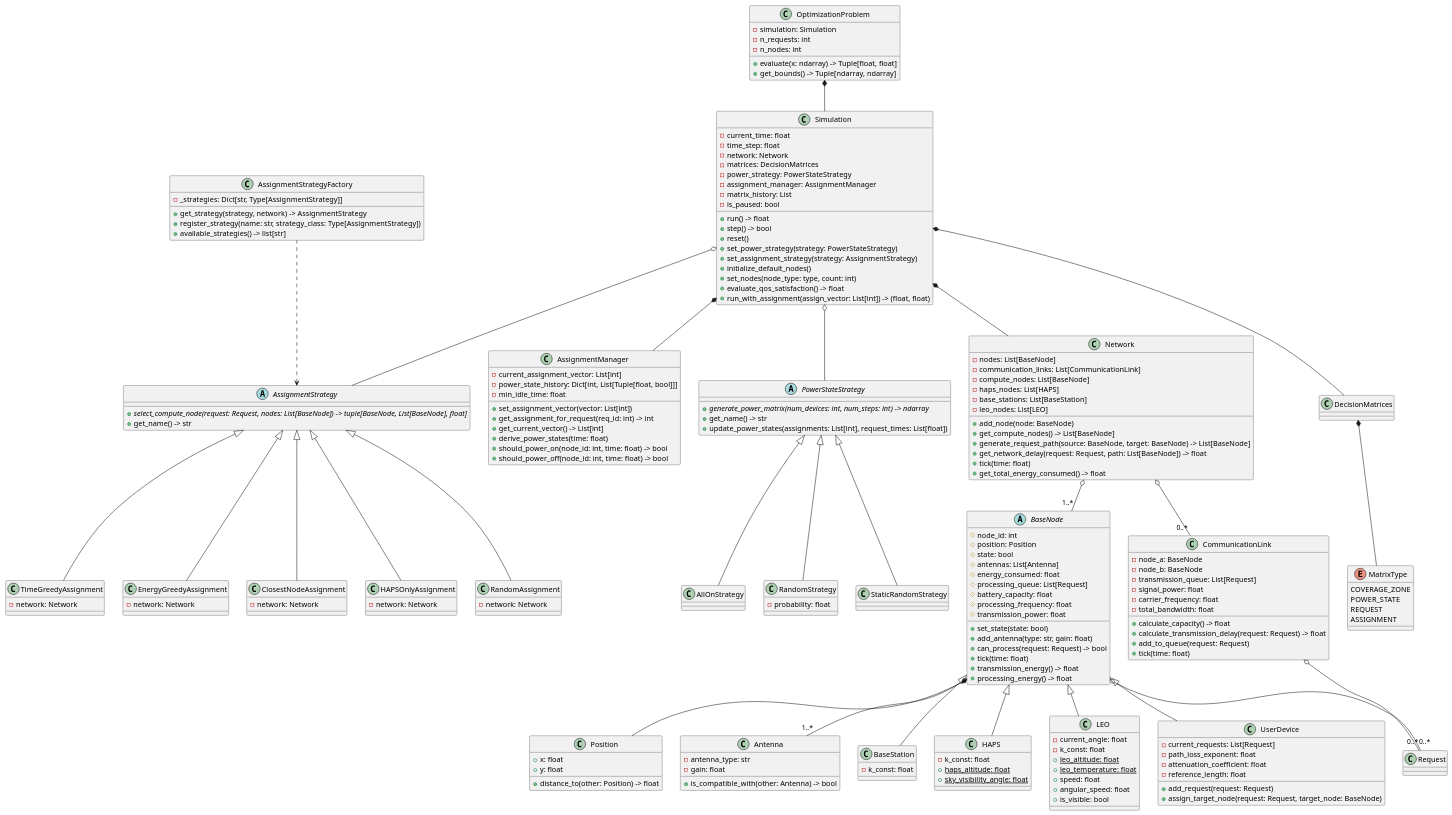
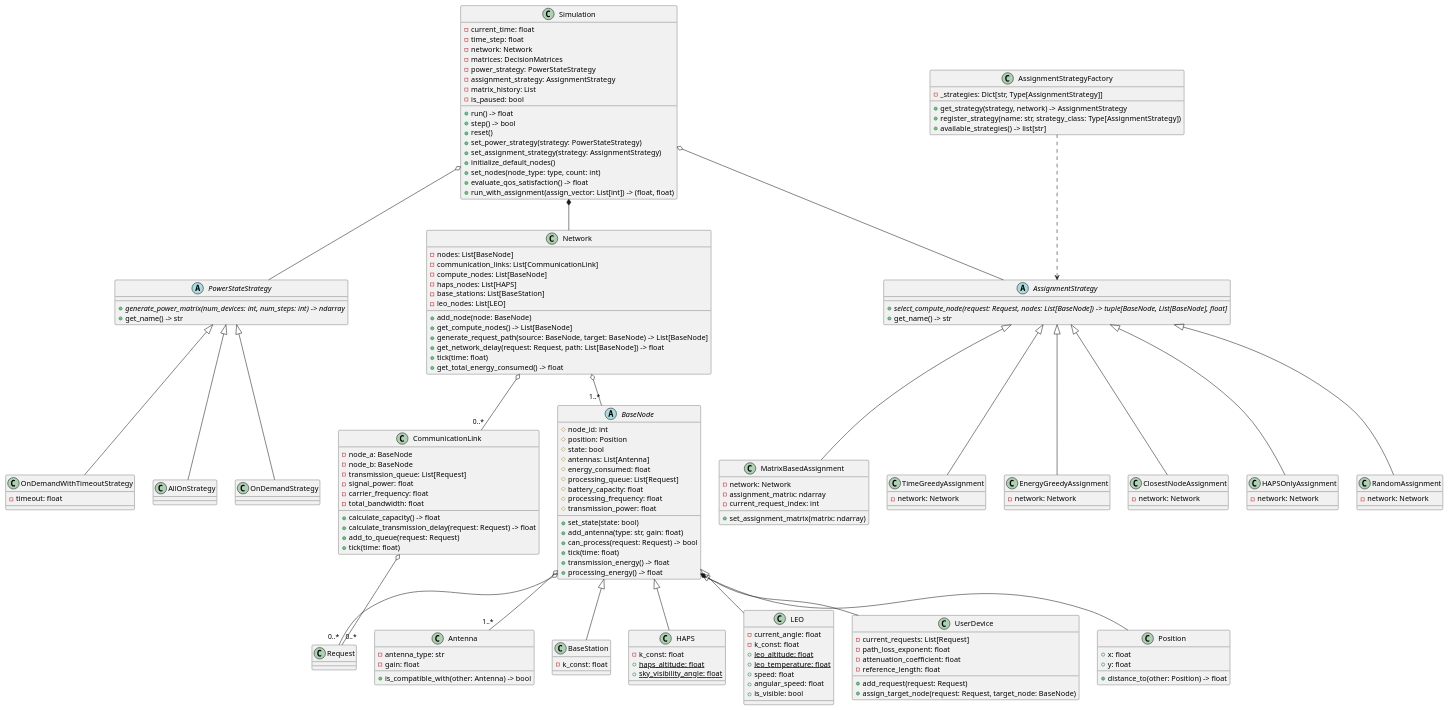
One commit to SimonR99/OptimisationNTN changed the diagram in doc/class_diagram.puml. Above: the diagram before and after it, drawn with PlantUML. The commit also changed 1 other file, not shown here.

Commit message:
update uml

```diff
--- a/doc/class_diagram.puml
+++ b/doc/class_diagram.puml
@@ -1,198 +1,176 @@
 @startuml
 
 ' Core Components
 class Simulation {
   - current_time: float
   - time_step: float
   - network: Network
   - matrices: DecisionMatrices
   - power_strategy: PowerStateStrategy
-  - assignment_manager: AssignmentManager
+  - assignment_strategy: AssignmentStrategy
   - matrix_history: List
   - is_paused: bool
   + run() -> float
   + step() -> bool
   + reset()
   + set_power_strategy(strategy: PowerStateStrategy)
   + set_assignment_strategy(strategy: AssignmentStrategy)
   + initialize_default_nodes()
   + set_nodes(node_type: type, count: int)
   + evaluate_qos_satisfaction() -> float
   + run_with_assignment(assign_vector: List[int]) -> (float, float)
 }
 
-class AssignmentManager {
-  - current_assignment_vector: List[int]
-  - power_state_history: Dict[int, List[Tuple[float, bool]]]
-  - min_idle_time: float
-  + set_assignment_vector(vector: List[int])
-  + get_assignment_for_request(req_id: int) -> int
-  + get_current_vector() -> List[int]
-  + derive_power_states(time: float)
-  + should_power_on(node_id: int, time: float) -> bool
-  + should_power_off(node_id: int, time: float) -> bool
-}
-
-class OptimizationProblem {
-  - simulation: Simulation
-  - n_requests: int
-  - n_nodes: int
-  + evaluate(x: ndarray) -> Tuple[float, float]
-  + get_bounds() -> Tuple[ndarray, ndarray]
-}
-
-' Strategy Hierarchy
+' Power Strategy Hierarchy
 abstract class PowerStateStrategy {
   + {abstract} generate_power_matrix(num_devices: int, num_steps: int) -> ndarray
   + get_name() -> str
-  + update_power_states(assignments: List[int], request_times: List[float])
 }
 
+class AllOnStrategy extends PowerStateStrategy
+class OnDemandStrategy extends PowerStateStrategy
+class OnDemandWithTimeoutStrategy extends PowerStateStrategy {
+  - timeout: float
+}
+
+' Assignment Strategy Hierarchy
 abstract class AssignmentStrategy {
   + {abstract} select_compute_node(request: Request, nodes: List[BaseNode]) -> tuple[BaseNode, List[BaseNode], float]
   + get_name() -> str
 }
 
-' Power State Implementations
-class AllOnStrategy extends PowerStateStrategy
-class RandomStrategy extends PowerStateStrategy {
-  - probability: float
-}
-class StaticRandomStrategy extends PowerStateStrategy
-
-' Assignment Implementations
 class TimeGreedyAssignment extends AssignmentStrategy {
   - network: Network
 }
+
 class EnergyGreedyAssignment extends AssignmentStrategy {
   - network: Network
 }
+
 class ClosestNodeAssignment extends AssignmentStrategy {
   - network: Network
 }
+
 class HAPSOnlyAssignment extends AssignmentStrategy {
   - network: Network
 }
+
 class RandomAssignment extends AssignmentStrategy {
   - network: Network
+}
+
+class MatrixBasedAssignment extends AssignmentStrategy {
+  - network: Network
+  - assignment_matrix: ndarray
+  - current_request_index: int
+  + set_assignment_matrix(matrix: ndarray)
 }
 
 class AssignmentStrategyFactory {
   - _strategies: Dict[str, Type[AssignmentStrategy]]
   + get_strategy(strategy, network) -> AssignmentStrategy
   + register_strategy(name: str, strategy_class: Type[AssignmentStrategy])
   + available_strategies() -> list[str]
 }
 
 ' Network Components
 class Network {
   - nodes: List[BaseNode]
   - communication_links: List[CommunicationLink]
   - compute_nodes: List[BaseNode]
   - haps_nodes: List[HAPS]
   - base_stations: List[BaseStation]
   - leo_nodes: List[LEO]
   + add_node(node: BaseNode)
   + get_compute_nodes() -> List[BaseNode]
   + generate_request_path(source: BaseNode, target: BaseNode) -> List[BaseNode]
   + get_network_delay(request: Request, path: List[BaseNode]) -> float
   + tick(time: float)
   + get_total_energy_consumed() -> float
 }
 
 abstract class BaseNode {
   # node_id: int
   # position: Position
   # state: bool
   # antennas: List[Antenna]
   # energy_consumed: float
   # processing_queue: List[Request]
   # battery_capacity: float
   # processing_frequency: float
   # transmission_power: float
   + set_state(state: bool)
   + add_antenna(type: str, gain: float)
   + can_process(request: Request) -> bool
   + tick(time: float)
   + transmission_energy() -> float
   + processing_energy() -> float
 }
 
 class Position {
   + x: float
   + y: float
   + distance_to(other: Position) -> float
 }
 
 class Antenna {
   - antenna_type: str
   - gain: float
   + is_compatible_with(other: Antenna) -> bool
 }
 
 class BaseStation extends BaseNode {
   - k_const: float
 }
 
 class HAPS extends BaseNode {
   - k_const: float
   {static} + haps_altitude: float
   {static} + sky_visibility_angle: float
 }
 
 class LEO extends BaseNode {
   - current_angle: float
   - k_const: float
   {static} + leo_altitude: float
   {static} + leo_temperature: float
   + speed: float
   + angular_speed: float
   + is_visible: bool
 }
 
 class UserDevice extends BaseNode {
   - current_requests: List[Request]
   - path_loss_exponent: float
   - attenuation_coefficient: float
   - reference_length: float
   + add_request(request: Request)
   + assign_target_node(request: Request, target_node: BaseNode)
 }
 
 class CommunicationLink {
   - node_a: BaseNode
   - node_b: BaseNode
   - transmission_queue: List[Request]
   - signal_power: float
   - carrier_frequency: float
   - total_bandwidth: float
   + calculate_capacity() -> float
   + calculate_transmission_delay(request: Request) -> float
   + add_to_queue(request: Request)
   + tick(time: float)
 }
 
-enum MatrixType {
-  COVERAGE_ZONE
-  POWER_STATE
-  REQUEST
-  ASSIGNMENT
-}
-
 ' Relationships
 Simulation *-- Network
-Simulation *-- DecisionMatrices
-Simulation *-- AssignmentManager
+Simulation o-- AssignmentStrategy
 Simulation o-- PowerStateStrategy
-Simulation o-- AssignmentStrategy
-DecisionMatrices *-- MatrixType
 Network o-- "1..*" BaseNode
 Network o-- "0..*" CommunicationLink
 BaseNode *-- Position
 BaseNode o-- "1..*" Antenna
 BaseNode o-- "0..*" Request
 CommunicationLink o-- "0..*" Request
 AssignmentStrategyFactory ..> AssignmentStrategy
-OptimizationProblem *-- Simulation
 
 @enduml
```
